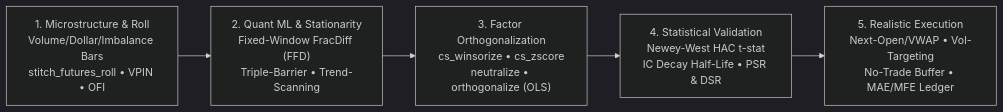
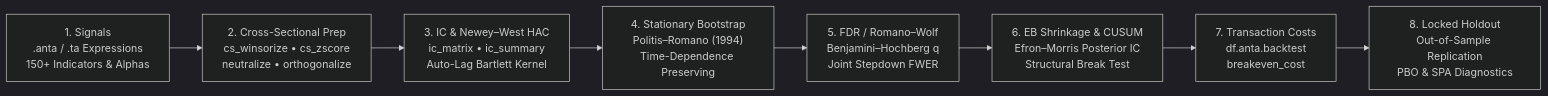
One commit to huuan26/polars-anta changed the diagram in README.md. Above: the diagram before and after it, drawn with Mermaid (dark theme). The commit also changed other lines of this file and 4 other files, not shown here.

````diff
--- a/README.md
+++ b/README.md
@@ -259,7 +89,10 @@
 ```mermaid
 flowchart LR
-    A["1. Microstructure & Roll<br/>Volume/Dollar/Imbalance Bars<br/>stitch_futures_roll • VPIN • OFI"] --> B["2. Quant ML & Stationarity<br/>Fixed-Window FracDiff (FFD)<br/>Triple-Barrier • Trend-Scanning"]
-    B --> C["3. Factor Orthogonalization<br/>cs_winsorize • cs_zscore<br/>neutralize • orthogonalize (OLS)"]
-    C --> D["4. Statistical Validation<br/>Newey-West HAC t-stat<br/>IC Decay Half-Life • PSR & DSR"]
-    D --> E["5. Realistic Execution<br/>Next-Open/VWAP • Vol-Targeting<br/>No-Trade Buffer • MAE/MFE Ledger"]
+    A["1. Signals<br/>.anta / .ta Expressions<br/>150+ Indicators & Alphas"] --> B["2. Cross-Sectional Prep<br/>cs_winsorize • cs_zscore<br/>neutralize • orthogonalize"]
+    B --> C["3. IC & Newey–West HAC<br/>ic_matrix • ic_summary<br/>Auto-Lag Bartlett Kernel"]
+    C --> D["4. Stationary Bootstrap<br/>Politis–Romano (1994)<br/>Time-Dependence Preserving"]
+    D --> E["5. FDR / Romano–Wolf<br/>Benjamini–Hochberg q<br/>Joint Stepdown FWER"]
+    E --> F["6. EB Shrinkage & CUSUM<br/>Efron–Morris Posterior IC<br/>Structural Break Test"]
+    F --> G["7. Transaction Costs<br/>df.anta.backtest<br/>breakeven_cost"]
+    G --> H["8. Locked Holdout<br/>Out-of-Sample Replication<br/>PBO & SPA Diagnostics"]
 ```
````
